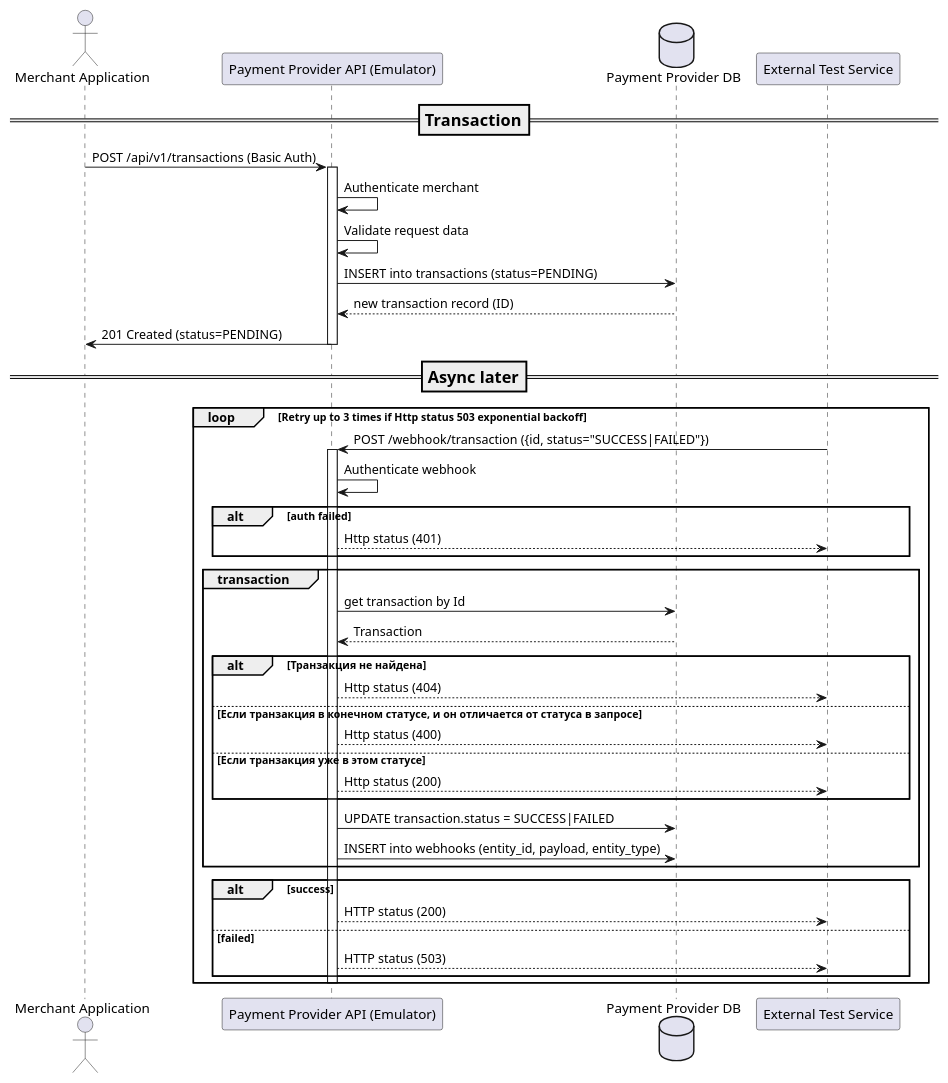
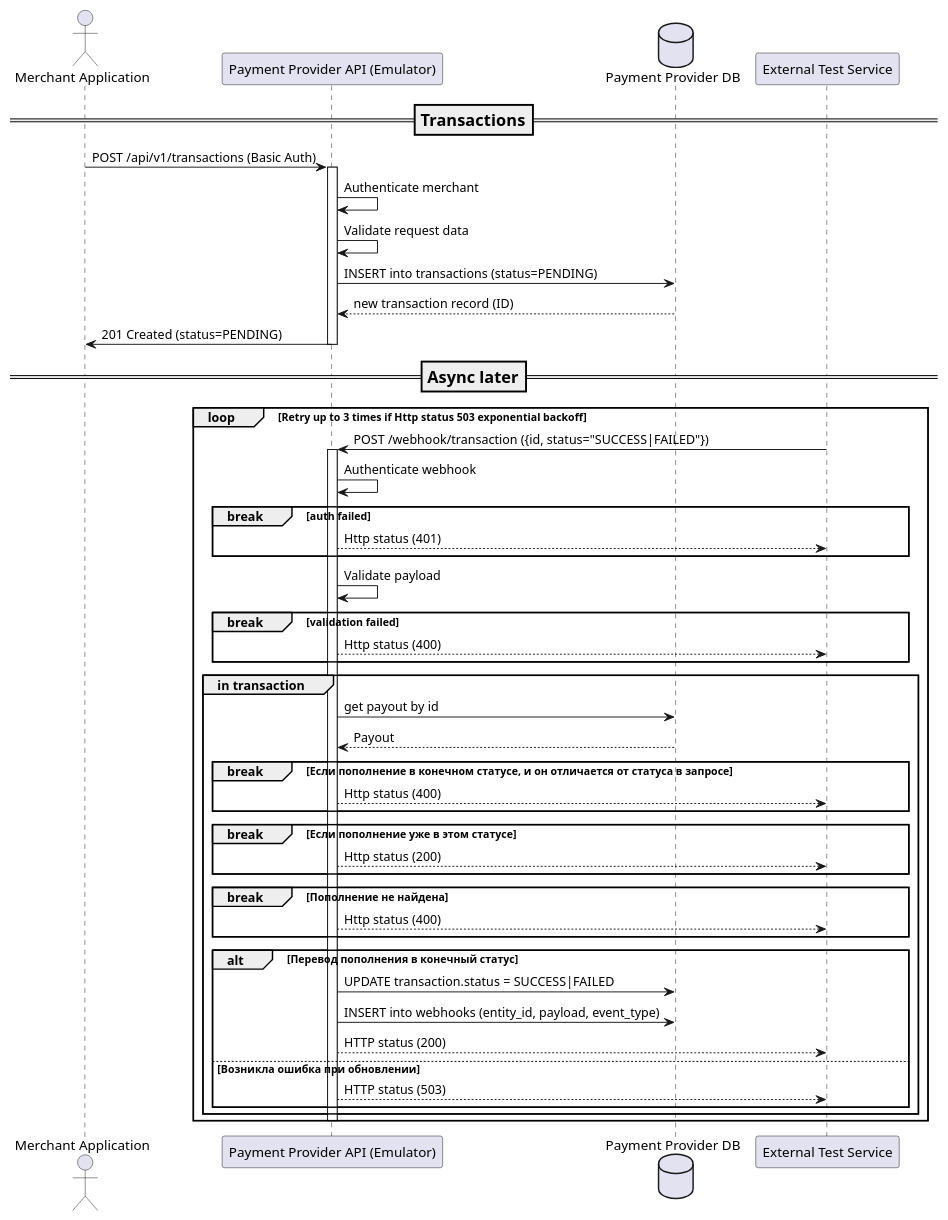
Before and after one commit to diamam90/payment-system: the diagram in diagram/emulator-transactions.puml, drawn with PlantUML. The commit also changed 5 other files, not shown here.

Commit message:
Исправление замечаний по диаграммам

```diff
--- a/diagram/emulator-transactions.puml
+++ b/diagram/emulator-transactions.puml
@@ -1,47 +1,56 @@
 @startuml
 actor MerchantApp as "Merchant Application"
 participant API as "Payment Provider API (Emulator)"
 database DB as "Payment Provider DB"
 participant ExtNet as "External Test Service"
-=== Transaction ==
+=== Transactions ==
 MerchantApp -> API: POST /api/v1/transactions (Basic Auth)
 activate API
   API -> API: Authenticate merchant
   API -> API: Validate request data
   API -> DB: INSERT into transactions (status=PENDING)
   API <-- DB: new transaction record (ID)
   API -> MerchantApp: 201 Created (status=PENDING)
 deactivate API
 
 === Async later ==
 
 loop Retry up to 3 times if Http status 503 exponential backoff
 ExtNet -> API: POST /webhook/transaction ({id, status="SUCCESS|FAILED"})
 
 activate API
 
 API -> API: Authenticate webhook
-alt auth failed
+break auth failed
     API --> ExtNet: Http status (401)
 end
-group transaction
-    API -> DB: get transaction by Id
-    DB --> API: Transaction
-    alt Транзакция не найдена
-        API --> ExtNet: Http status (404)
-    else Если транзакция в конечном статусе, и он отличается от статуса в запросе
+    API -> API: Validate payload
+break validation failed
+    API --> ExtNet: Http status (400)
+end
+group in transaction
+    API -> DB: get payout by id
+    DB --> API: Payout
+
+    break Если пополнение в конечном статусе, и он отличается от статуса в запросе
         API --> ExtNet: Http status (400)
-    else Если транзакция уже в этом статусе
+    end
+    break Если пополнение уже в этом статусе
         API --> ExtNet: Http status (200)
     end
-    API -> DB: UPDATE transaction.status = SUCCESS|FAILED
-    API -> DB: INSERT into webhooks (entity_id, payload, entity_type)
+    break Пополнение не найдена
+        API --> ExtNet: Http status (400)
+    end
+
+    alt Перевод пополнения в конечный статус
+        API -> DB: UPDATE transaction.status = SUCCESS|FAILED
+        API -> DB: INSERT into webhooks (entity_id, payload, event_type)
+        API --> ExtNet: HTTP status (200)
+    else Возникла ошибка при обновлении
+          API --> ExtNet: HTTP status (503)
+    end
 end
-alt success
-    API --> ExtNet: HTTP status (200)
-else  failed
-    API --> ExtNet: HTTP status (503)
-end
+
 deactivate API
 end
 @enduml
```
